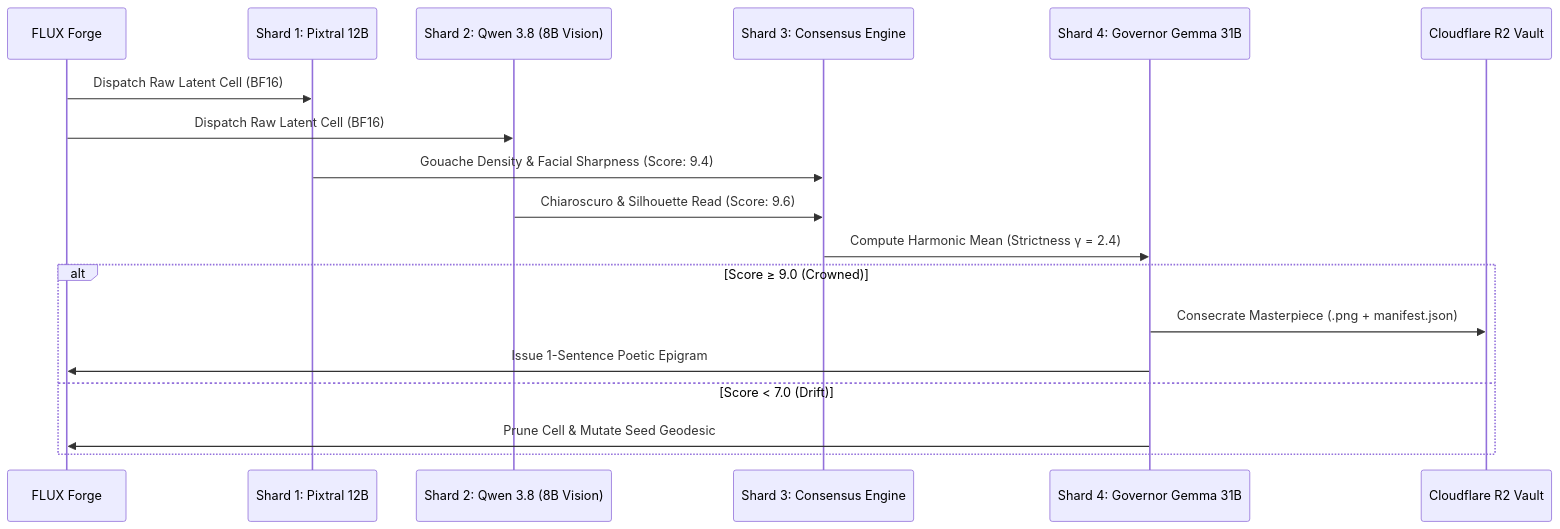
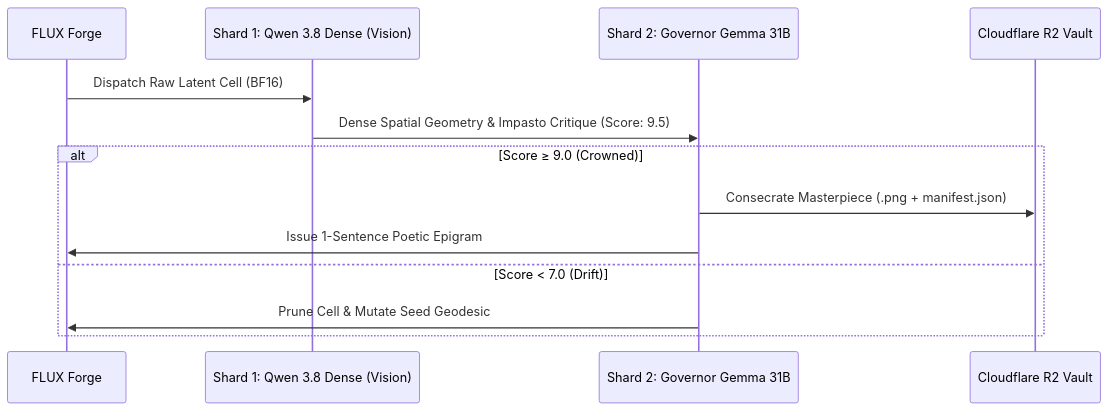
One commit to quivent/FLUX changed the second of 2 diagrams in docs/ARCANE_LATENT_CARTOGRAPHY_PROTOCOL_SPEC.md. Above: the diagram before and after it, drawn with Mermaid. The commit also changed 3 other files, not shown here.

````diff
--- a/docs/ARCANE_LATENT_CARTOGRAPHY_PROTOCOL_SPEC.md
+++ b/docs/ARCANE_LATENT_CARTOGRAPHY_PROTOCOL_SPEC.md
@@ -124,21 +124,16 @@
 ```mermaid
 sequenceDiagram
     participant F as FLUX Forge
-    participant P as Shard 1: Pixtral 12B
-    participant Q as Shard 2: Qwen 3.8 (8B Vision)
-    participant C as Shard 3: Consensus Engine
-    participant G as Shard 4: Governor Gemma 31B
+    participant Q as Shard 1: Qwen 3.8 Dense (Vision)
+    participant G as Shard 2: Governor Gemma 31B
     participant R as Cloudflare R2 Vault
 
-    F->>P: Dispatch Raw Latent Cell (BF16)
     F->>Q: Dispatch Raw Latent Cell (BF16)
-    P->>C: Gouache Density & Facial Sharpness (Score: 9.4)
-    Q->>C: Chiaroscuro & Silhouette Read (Score: 9.6)
-    C->>G: Compute Harmonic Mean (Strictness γ = 2.4)
+    Q->>G: Dense Spatial Geometry & Impasto Critique (Score: 9.5)
     alt Score ≥ 9.0 (Crowned)
         G->>R: Consecrate Masterpiece (.png + manifest.json)
         G->>F: Issue 1-Sentence Poetic Epigram
     else Score < 7.0 (Drift)
         G->>F: Prune Cell & Mutate Seed Geodesic
     end
 ```
````
